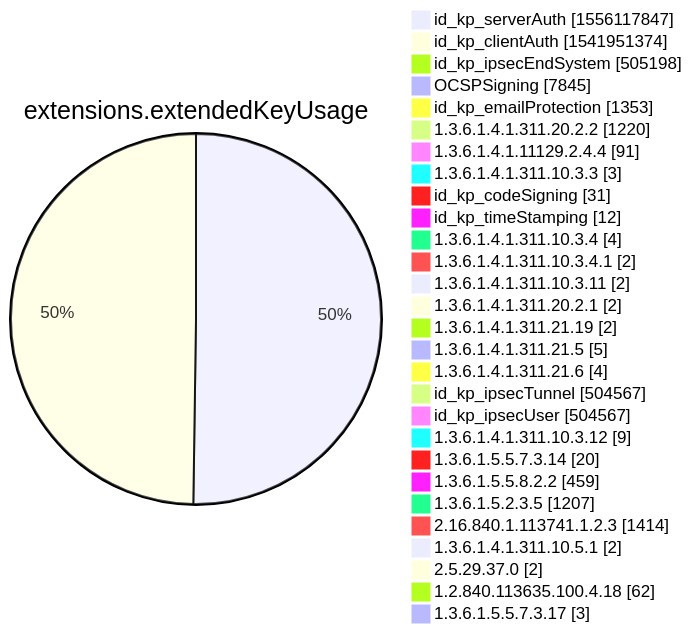
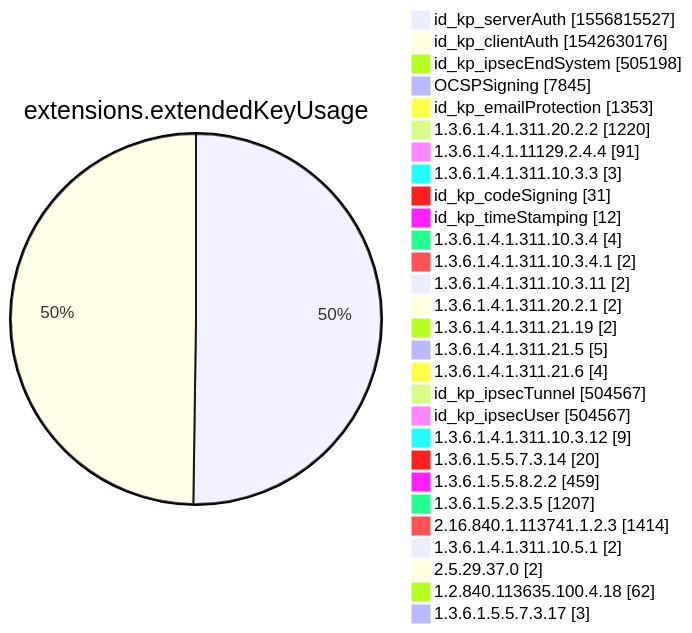
Before and after one commit to christiankrug/ctmonitor_visualization: diagram 12 of 15 in xenon2022/README.md, drawn with Mermaid. The commit also changed other lines of this file, not shown here.

````diff
--- a/xenon2022/README.md
+++ b/xenon2022/README.md
@@ -3882,32 +3882,32 @@
 ```mermaid
 pie showData
 title extensions.extendedKeyUsage
-"id_kp_serverAuth" :1556117847
-"id_kp_clientAuth" :1541951374
+"id_kp_serverAuth" :1556815527
+"id_kp_clientAuth" :1542630176
 "id_kp_ipsecEndSystem" :505198
 "OCSPSigning" :7845
 "id_kp_emailProtection" :1353
 "1.3.6.1.4.1.311.20.2.2" :1220
 "1.3.6.1.4.1.11129.2.4.4" :91
 "1.3.6.1.4.1.311.10.3.3" :3
 "id_kp_codeSigning" :31
 "id_kp_timeStamping" :12
 "1.3.6.1.4.1.311.10.3.4" :4
 "1.3.6.1.4.1.311.10.3.4.1" :2
 "1.3.6.1.4.1.311.10.3.11" :2
 "1.3.6.1.4.1.311.20.2.1" :2
 "1.3.6.1.4.1.311.21.19" :2
 "1.3.6.1.4.1.311.21.5" :5
 "1.3.6.1.4.1.311.21.6" :4
 "id_kp_ipsecTunnel" :504567
 "id_kp_ipsecUser" :504567
 "1.3.6.1.4.1.311.10.3.12" :9
 "1.3.6.1.5.5.7.3.14" :20
 "1.3.6.1.5.5.8.2.2" :459
 "1.3.6.1.5.2.3.5" :1207
 "2.16.840.1.113741.1.2.3" :1414
 "1.3.6.1.4.1.311.10.5.1" :2
 "2.5.29.37.0" :2
 "1.2.840.113635.100.4.18" :62
 "1.3.6.1.5.5.7.3.17" :3
 ```
````
